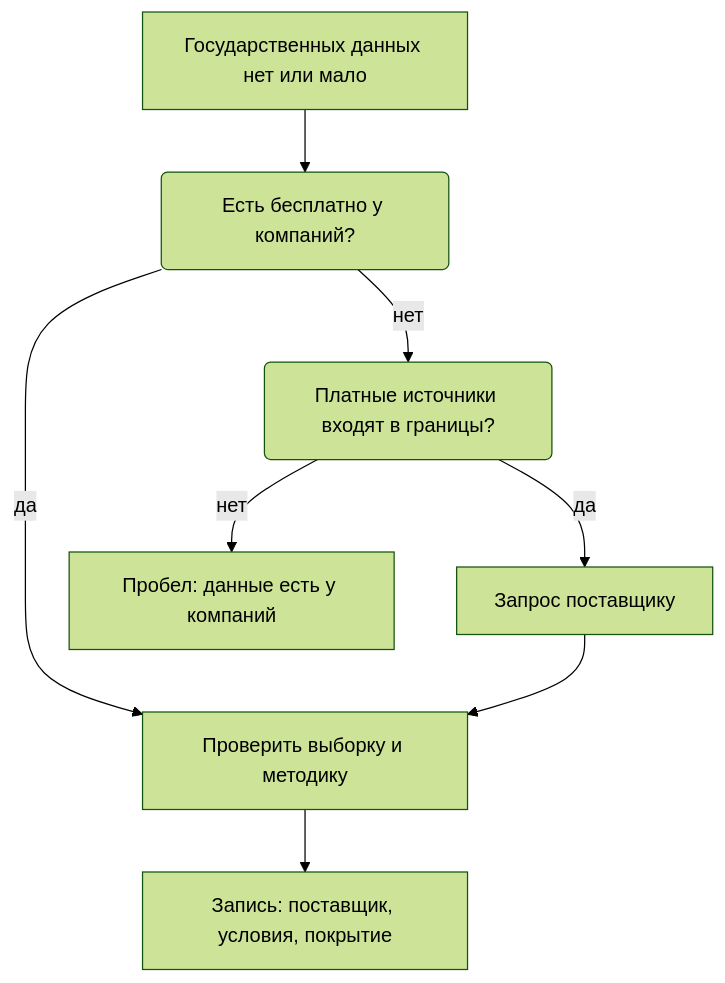
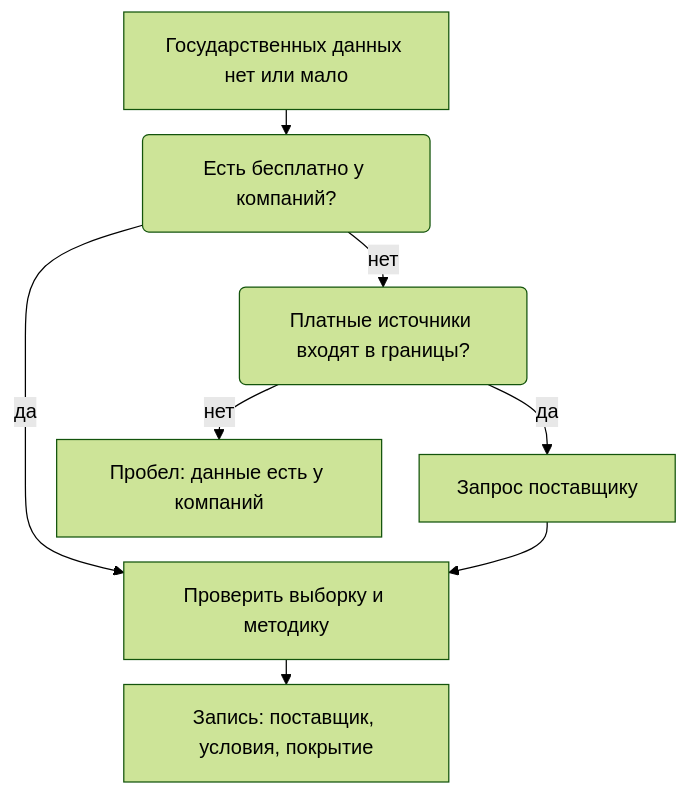
Before and after one commit to ivbeg/data-inventory: the diagram in docs/04-sources/04-commercial.md, drawn with Mermaid (forest theme). The commit also changed 34 other files, not shown here.

First line of the commit message:
Читаемая карта от продукта и единый размер схем в PDF

````diff
--- a/docs/04-sources/04-commercial.md
+++ b/docs/04-sources/04-commercial.md
@@ -133,10 +133,19 @@
 ```mermaid
+---
+config:
+  layout: dagre
+  flowchart:
+    rankSpacing: 20
+    nodeSpacing: 30
+    minNodeWidth: 40
+    wrappingWidth: 200
+---
 flowchart TB
   G["Государственных данных нет или мало"] --> F("Есть бесплатно у компаний?")
   F -- "да" --> Q["Проверить выборку и методику"]
   F -- "нет" --> B("Платные источники входят в границы?")
   B -- "нет" --> N["Пробел: данные есть у компаний"]
   B -- "да" --> S["Запрос поставщику"]
   S --> Q
   Q --> R["Запись: поставщик, условия, покрытие"]
 ```
````
